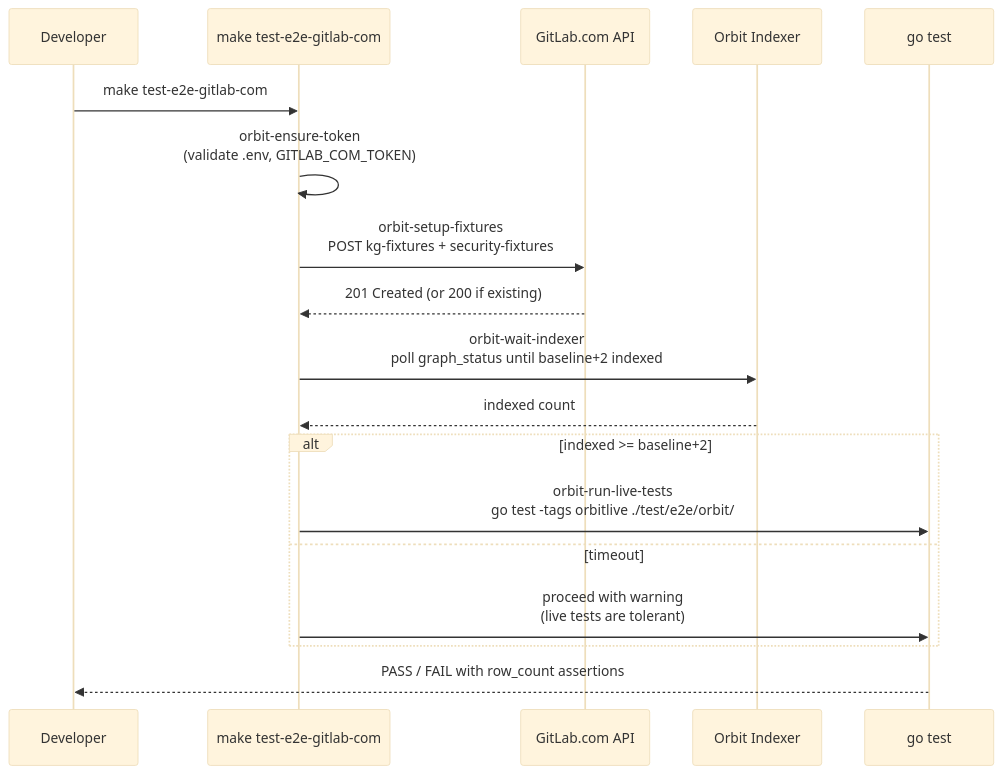
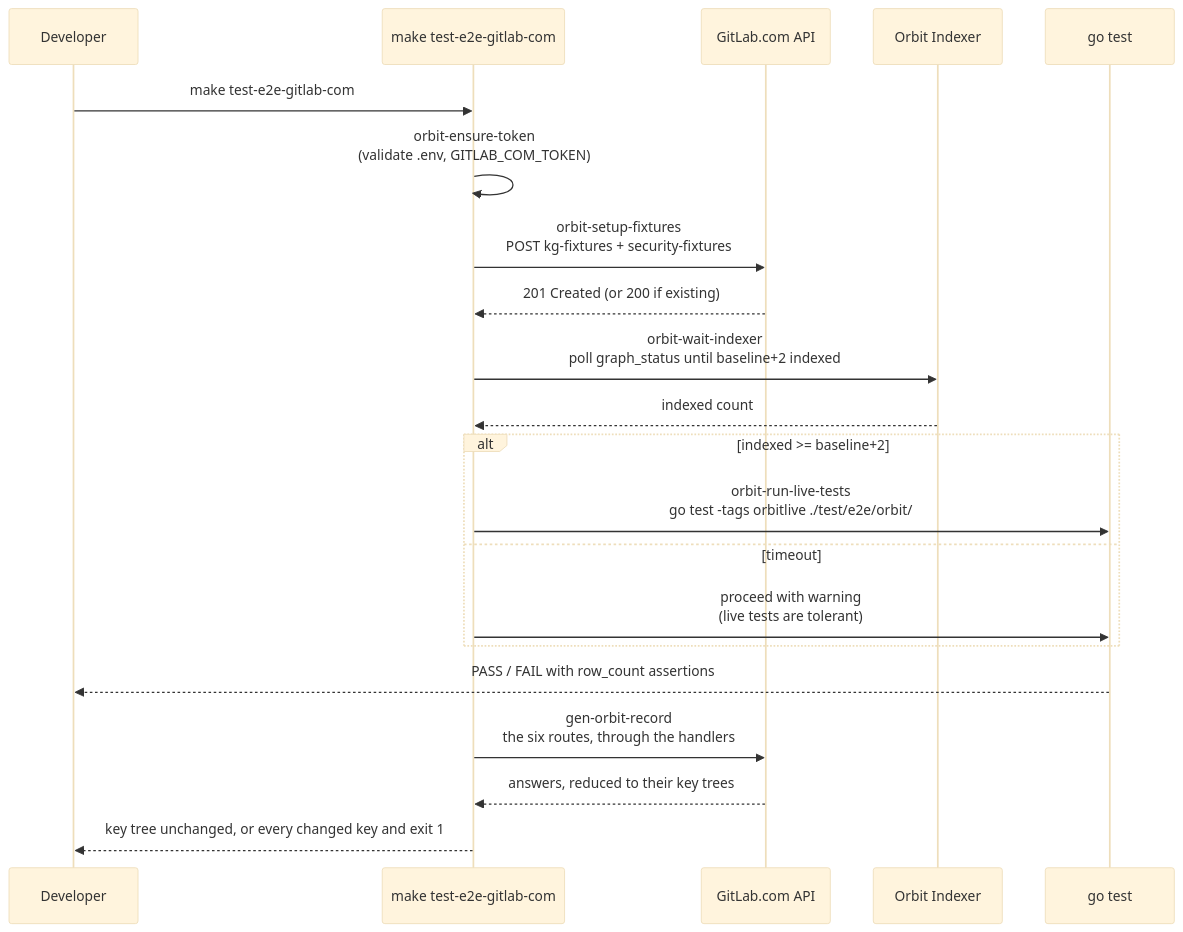
The second of 2 diagrams in docs/development/orbit-fixtures.md (jmrplens/gitlab-mcp-server), drawn with Mermaid (base theme) before and after one commit. The commit also changed other lines of this file and 46 other files, not shown here.

````diff
--- a/docs/development/orbit-fixtures.md
+++ b/docs/development/orbit-fixtures.md
@@ -169,21 +169,24 @@
 ```mermaid
 sequenceDiagram
     participant Dev as Developer
     participant Make as make test-e2e-gitlab-com
     participant GL as GitLab.com API
     participant IDX as Orbit Indexer
     participant Go as go test
 
     Dev->>Make: make test-e2e-gitlab-com
     Make->>Make: orbit-ensure-token<br/>(validate .env, GITLAB_COM_TOKEN)
     Make->>GL: orbit-setup-fixtures<br/>POST kg-fixtures + security-fixtures
     GL-->>Make: 201 Created (or 200 if existing)
     Make->>IDX: orbit-wait-indexer<br/>poll graph_status until baseline+2 indexed
     IDX-->>Make: indexed count
     alt indexed >= baseline+2
         Make->>Go: orbit-run-live-tests<br/>go test -tags orbitlive ./test/e2e/orbit/
     else timeout
         Make->>Go: proceed with warning<br/>(live tests are tolerant)
     end
     Go-->>Dev: PASS / FAIL with row_count assertions
+    Make->>GL: gen-orbit-record<br/>the six routes, through the handlers
+    GL-->>Make: answers, reduced to their key trees
+    Make-->>Dev: key tree unchanged, or every changed key and exit 1
 ```
````
